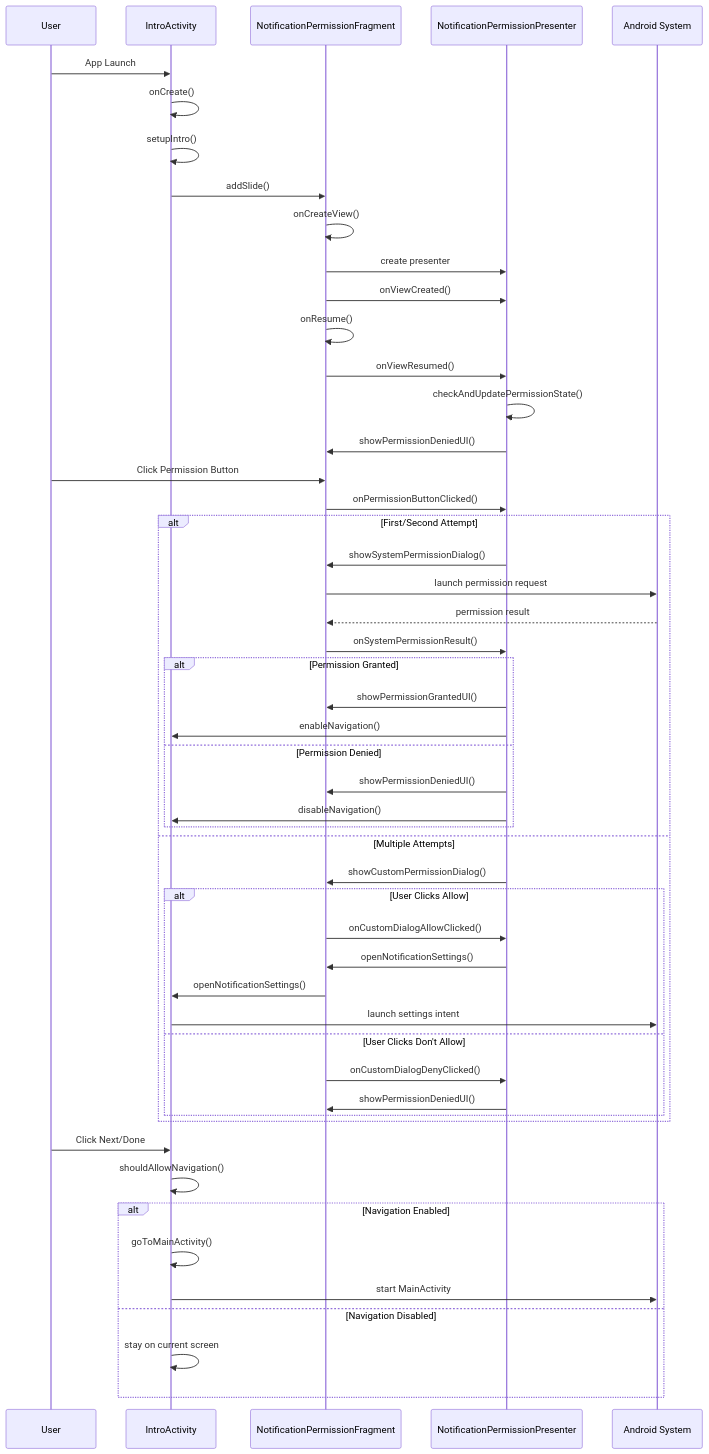
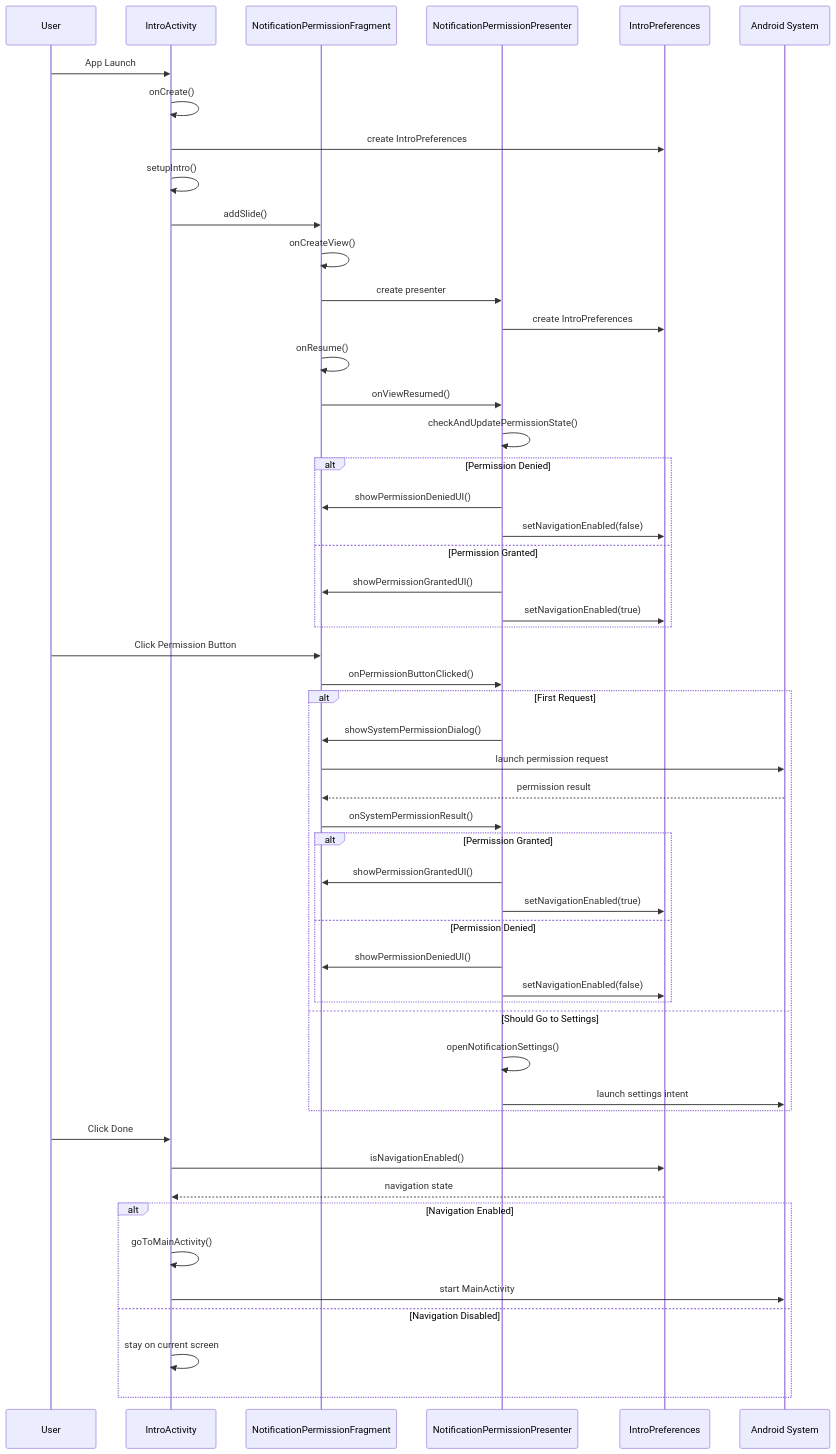
Before and after one commit to David6811/AndroidActivityLifeCycleDemo: the seventh of 9 diagrams in docs/IntroActivity_Architecture.md, drawn with Mermaid. The commit also changed other lines of this file and 3 other files, not shown here.

````diff
--- a/docs/IntroActivity_Architecture.md
+++ b/docs/IntroActivity_Architecture.md
@@ -190,62 +250,63 @@
 ```mermaid
 sequenceDiagram
     participant User
     participant IntroActivity as IntroActivity
     participant Fragment as NotificationPermissionFragment
     participant Presenter as NotificationPermissionPresenter
+    participant Preferences as IntroPreferences
     participant System as Android System
     
     User->>IntroActivity: App Launch
     IntroActivity->>IntroActivity: onCreate()
+    IntroActivity->>Preferences: create IntroPreferences
     IntroActivity->>IntroActivity: setupIntro()
     IntroActivity->>Fragment: addSlide()
     
     Fragment->>Fragment: onCreateView()
     Fragment->>Presenter: create presenter
-    Fragment->>Presenter: onViewCreated()
+    Presenter->>Preferences: create IntroPreferences
     
     Fragment->>Fragment: onResume()
     Fragment->>Presenter: onViewResumed()
     Presenter->>Presenter: checkAndUpdatePermissionState()
-    Presenter->>Fragment: showPermissionDeniedUI()
+    
+    alt Permission Denied
+        Presenter->>Fragment: showPermissionDeniedUI()
+        Presenter->>Preferences: setNavigationEnabled(false)
+    else Permission Granted
+        Presenter->>Fragment: showPermissionGrantedUI()
+        Presenter->>Preferences: setNavigationEnabled(true)
+    end
     
     User->>Fragment: Click Permission Button
     Fragment->>Presenter: onPermissionButtonClicked()
     
-    alt First/Second Attempt
+    alt First Request
         Presenter->>Fragment: showSystemPermissionDialog()
         Fragment->>System: launch permission request
         System-->>Fragment: permission result
         Fragment->>Presenter: onSystemPermissionResult()
         
         alt Permission Granted
             Presenter->>Fragment: showPermissionGrantedUI()
-            Presenter->>IntroActivity: enableNavigation()
+            Presenter->>Preferences: setNavigationEnabled(true)
         else Permission Denied
             Presenter->>Fragment: showPermissionDeniedUI()
-            Presenter->>IntroActivity: disableNavigation()
+            Presenter->>Preferences: setNavigationEnabled(false)
         end
-    else Multiple Attempts
-        Presenter->>Fragment: showCustomPermissionDialog()
-        
-        alt User Clicks Allow
-            Fragment->>Presenter: onCustomDialogAllowClicked()
-            Presenter->>Fragment: openNotificationSettings()
-            Fragment->>IntroActivity: openNotificationSettings()
-            IntroActivity->>System: launch settings intent
-        else User Clicks Don't Allow
-            Fragment->>Presenter: onCustomDialogDenyClicked()
-            Presenter->>Fragment: showPermissionDeniedUI()
-        end
+    else Should Go to Settings
+        Presenter->>Presenter: openNotificationSettings()
+        Presenter->>System: launch settings intent
     end
     
-    User->>IntroActivity: Click Next/Done
-    IntroActivity->>IntroActivity: shouldAllowNavigation()
+    User->>IntroActivity: Click Done
+    IntroActivity->>Preferences: isNavigationEnabled()
+    Preferences-->>IntroActivity: navigation state
     
     alt Navigation Enabled
         IntroActivity->>IntroActivity: goToMainActivity()
         IntroActivity->>System: start MainActivity
     else Navigation Disabled
         IntroActivity->>IntroActivity: stay on current screen
     end
 ```
````
